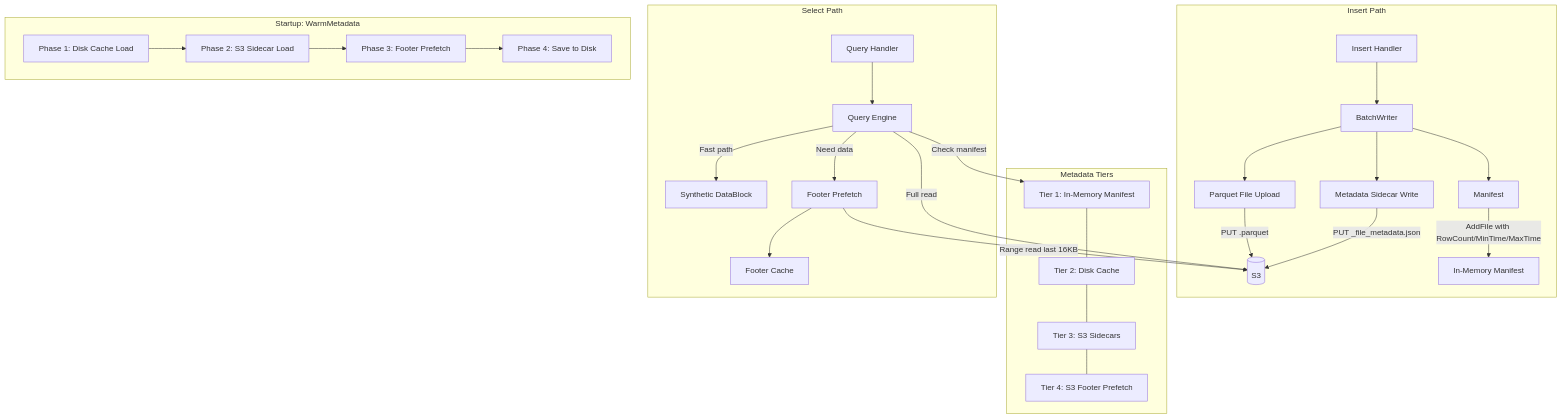
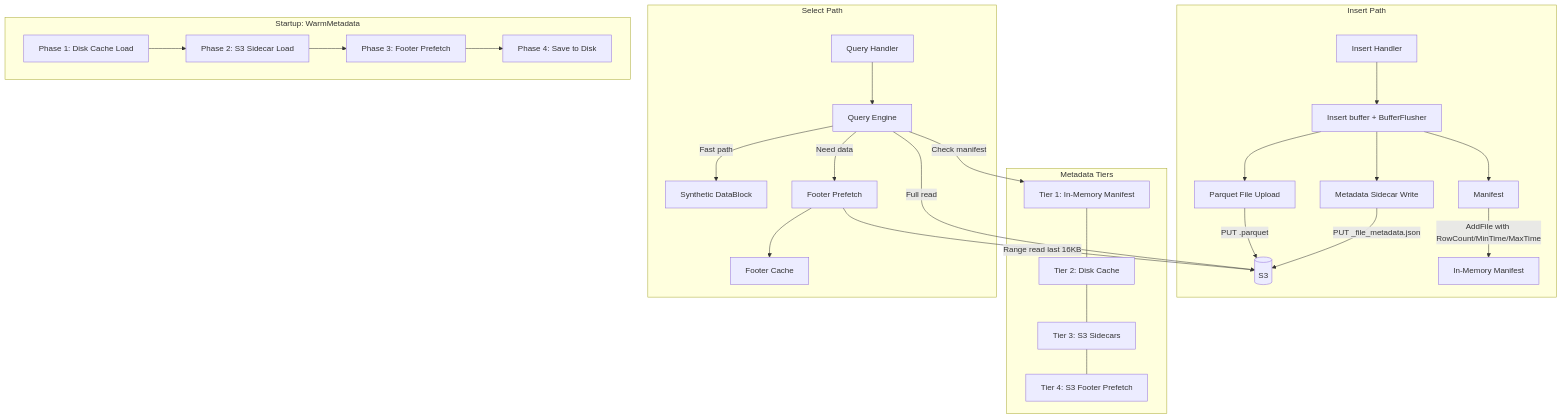
Before and after one commit to ReliablyObserve/victoria-lakehouse: the first of 10 diagrams in docs/query-performance-optimization.md, drawn with Mermaid. The commit also changed other lines of this file and 34 other files, not shown here.

Commit message:
docs(durability): describe the segmented durable insert buffer and update the docs that referred to the staging engine, WAL cutover and read watermark

````diff
--- a/docs/query-performance-optimization.md
+++ b/docs/query-performance-optimization.md
@@ -14,38 +14,38 @@
 ```mermaid
 graph TB
     subgraph "Insert Path"
-        IH[Insert Handler] --> BW[BatchWriter]
+        IH[Insert Handler] --> BW[Insert buffer + BufferFlusher]
         BW --> PF[Parquet File Upload]
         BW --> SC[Metadata Sidecar Write]
         PF -->|PUT .parquet| S3[(S3)]
         SC -->|PUT _file_metadata.json| S3
         BW --> MAN[Manifest]
         MAN -->|AddFile with RowCount/MinTime/MaxTime| MEM[In-Memory Manifest]
     end
 
     subgraph "Metadata Tiers"
         T1[Tier 1: In-Memory Manifest]
         T2[Tier 2: Disk Cache]
         T3[Tier 3: S3 Sidecars]
         T4[Tier 4: S3 Footer Prefetch]
         T1 --- T2
         T2 --- T3
         T3 --- T4
     end
 
     subgraph "Select Path"
         QH[Query Handler] --> QE[Query Engine]
         QE -->|Check manifest| T1
         QE -->|Fast path| SYN[Synthetic DataBlock]
         QE -->|Need data| FP[Footer Prefetch]
         FP -->|Range read last 16KB| S3
         FP --> FC[Footer Cache]
         QE -->|Full read| S3
     end
 
     subgraph "Startup: WarmMetadata"
         W1[Phase 1: Disk Cache Load] --> W2[Phase 2: S3 Sidecar Load]
         W2 --> W3[Phase 3: Footer Prefetch]
         W3 --> W4[Phase 4: Save to Disk]
     end
 ```
````
